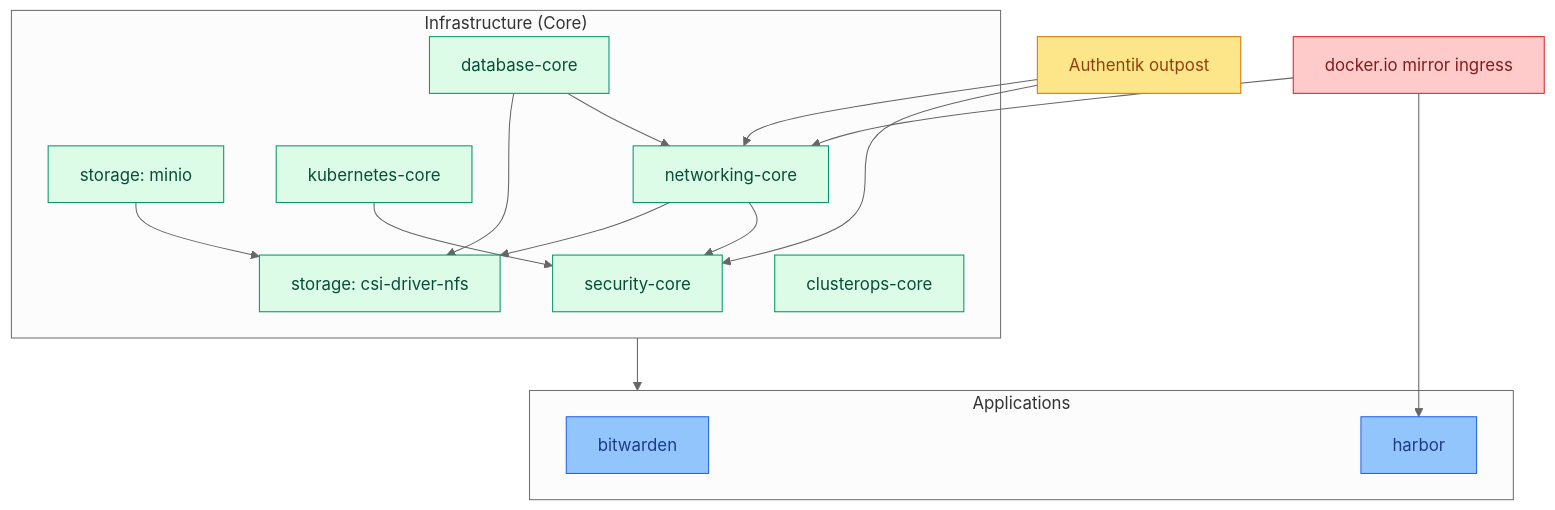
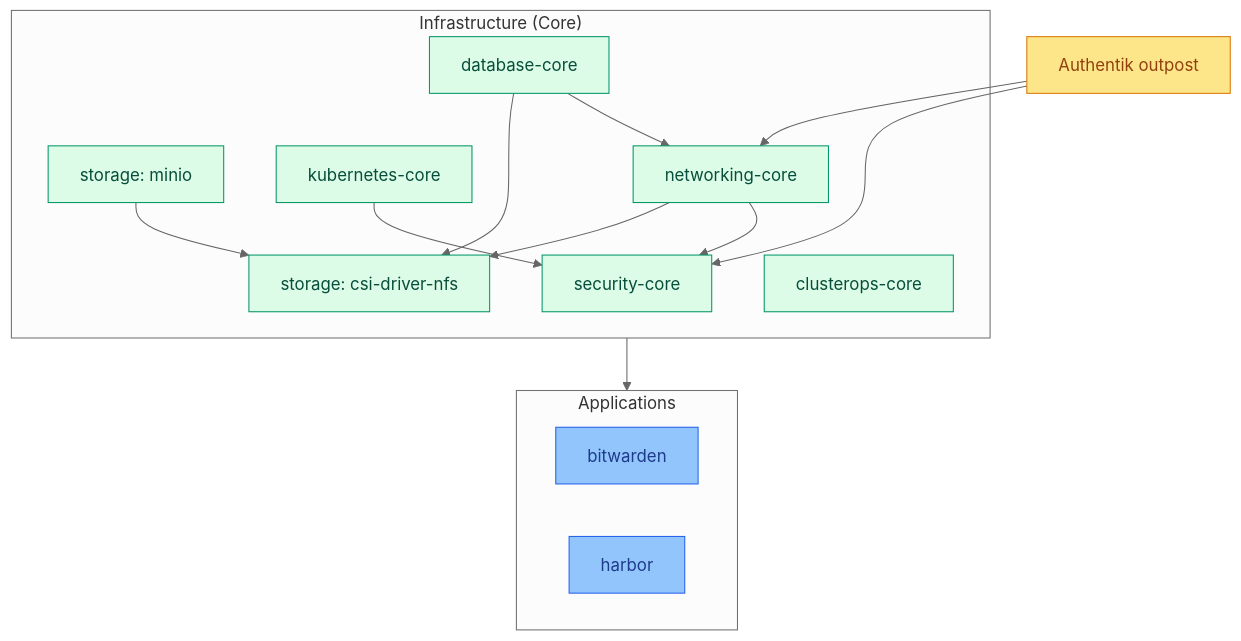
The diagram in clusters/nas/README.md (ppat/homelab-ops-kubernetes-clusters), drawn with Mermaid (neutral theme) before and after one commit. The commit also changed other lines of this file and 9 other files, not shown here.

First line of the commit message:
fix(cluster-nas): bump apps-harbor to v0.0.19, retire cluster-local docker.io mirror

````diff
--- a/clusters/nas/README.md
+++ b/clusters/nas/README.md
@@ -54,34 +58,31 @@
 ```mermaid
 flowchart TB
     classDef core fill:#dcfce7,stroke:#059669,color:#064e3b
     classDef apps fill:#93c5fd,stroke:#2563eb,color:#1e3a8a
     classDef outpost fill:#fde68a,stroke:#d97706,color:#92400e
-    classDef mirror fill:#fecaca,stroke:#dc2626,color:#7f1d1d
 
     subgraph Core["Infrastructure (Core)"]
         sec[security-core]:::core
         nfs[storage: csi-driver-nfs]:::core
         minio[storage: minio]:::core
         k8s[kubernetes-core]:::core
         net[networking-core]:::core
         db[database-core]:::core
         ops[clusterops-core]:::core
     end
 
     subgraph Apps["Applications"]
         bw[bitwarden]:::apps
         harbor:::apps
     end
 
     out[Authentik outpost]:::outpost
-    dio[docker.io mirror ingress]:::mirror
 
     k8s --> sec
     net --> sec & nfs
     minio --> nfs
     db --> net & nfs
     out --> sec & net
-    dio --> net & harbor
 
     Core --> Apps
 ```
````
